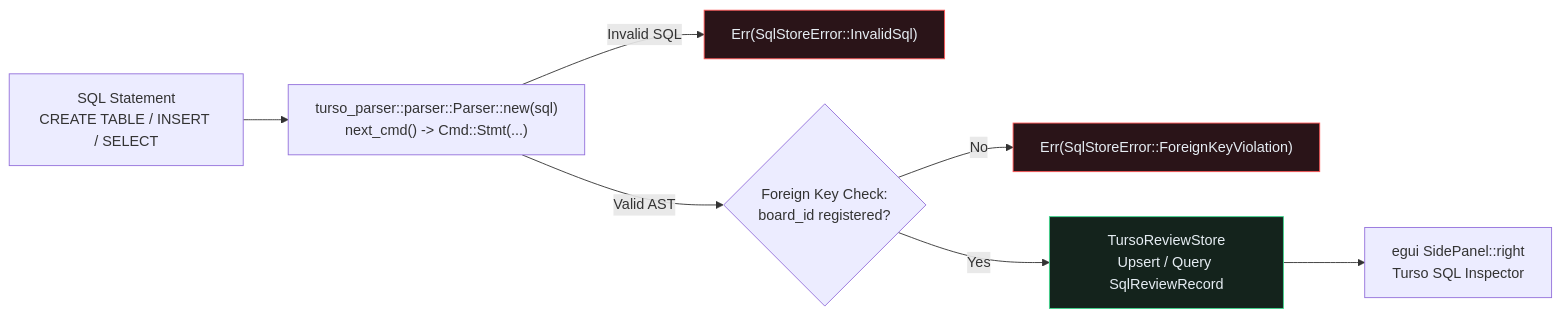
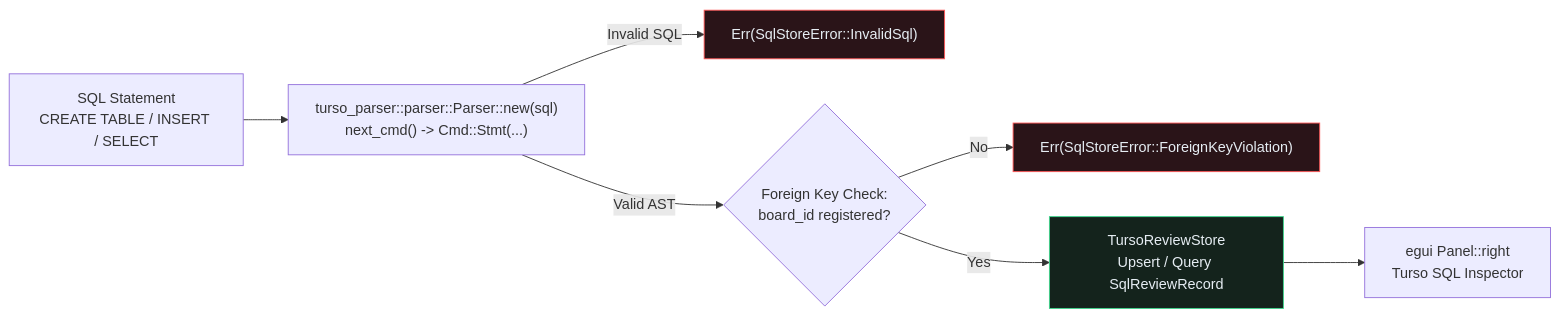
The diagram in lessons/0025-embedded-sql-review-store-with-turso.md (domesticmouse/learn-egui), drawn with Mermaid before and after one commit. The commit also changed 191 other files, not shown here.

````diff
--- a/lessons/0025-embedded-sql-review-store-with-turso.md
+++ b/lessons/0025-embedded-sql-review-store-with-turso.md
@@ -21,12 +21,12 @@
 ```mermaid
 flowchart LR
     SQL["SQL Statement<br/>CREATE TABLE / INSERT / SELECT"] --> Parser["turso_parser::parser::Parser::new(sql)<br/>next_cmd() -> Cmd::Stmt(...)"]
     Parser -- "Invalid SQL" --> ErrSyn["Err(SqlStoreError::InvalidSql)"]
     Parser -- "Valid AST" --> FK{"Foreign Key Check:<br/>board_id registered?"}
     FK -- "No" --> ErrFK["Err(SqlStoreError::ForeignKeyViolation)"]
     FK -- "Yes" --> Store["TursoReviewStore<br/>Upsert / Query SqlReviewRecord"]
-    Store --> UI["egui SidePanel::right<br/>Turso SQL Inspector"]
+    Store --> UI["egui Panel::right<br/>Turso SQL Inspector"]
     style Store fill:#14231c,stroke:#3dd68c,color:#e6edf3
     style ErrSyn fill:#2a1418,stroke:#ff5555,color:#e6edf3
     style ErrFK fill:#2a1418,stroke:#ff5555,color:#e6edf3
 ```
````
